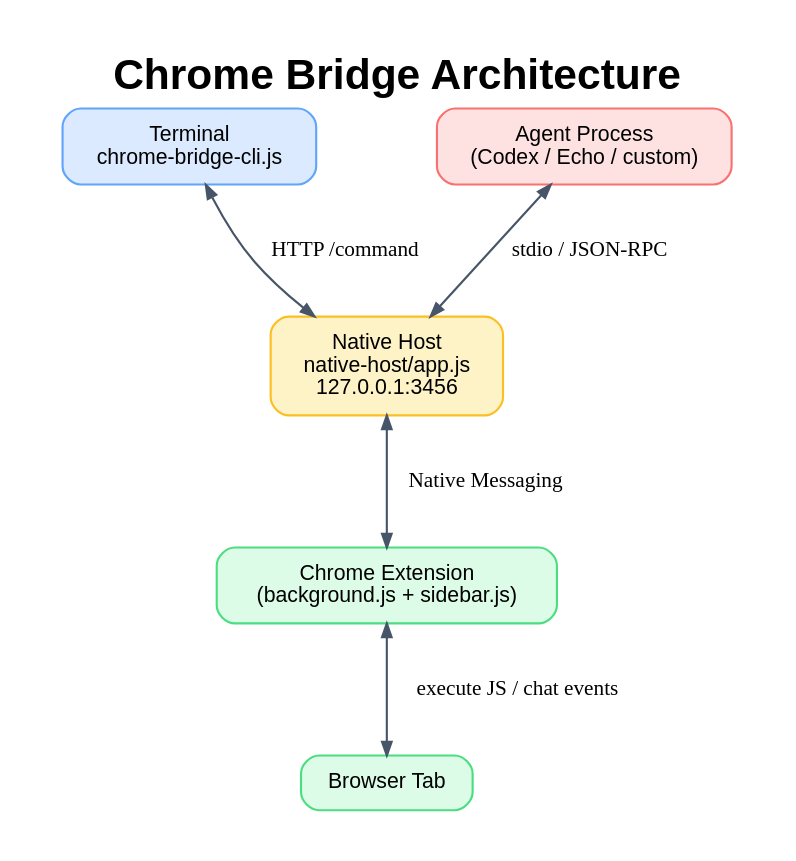
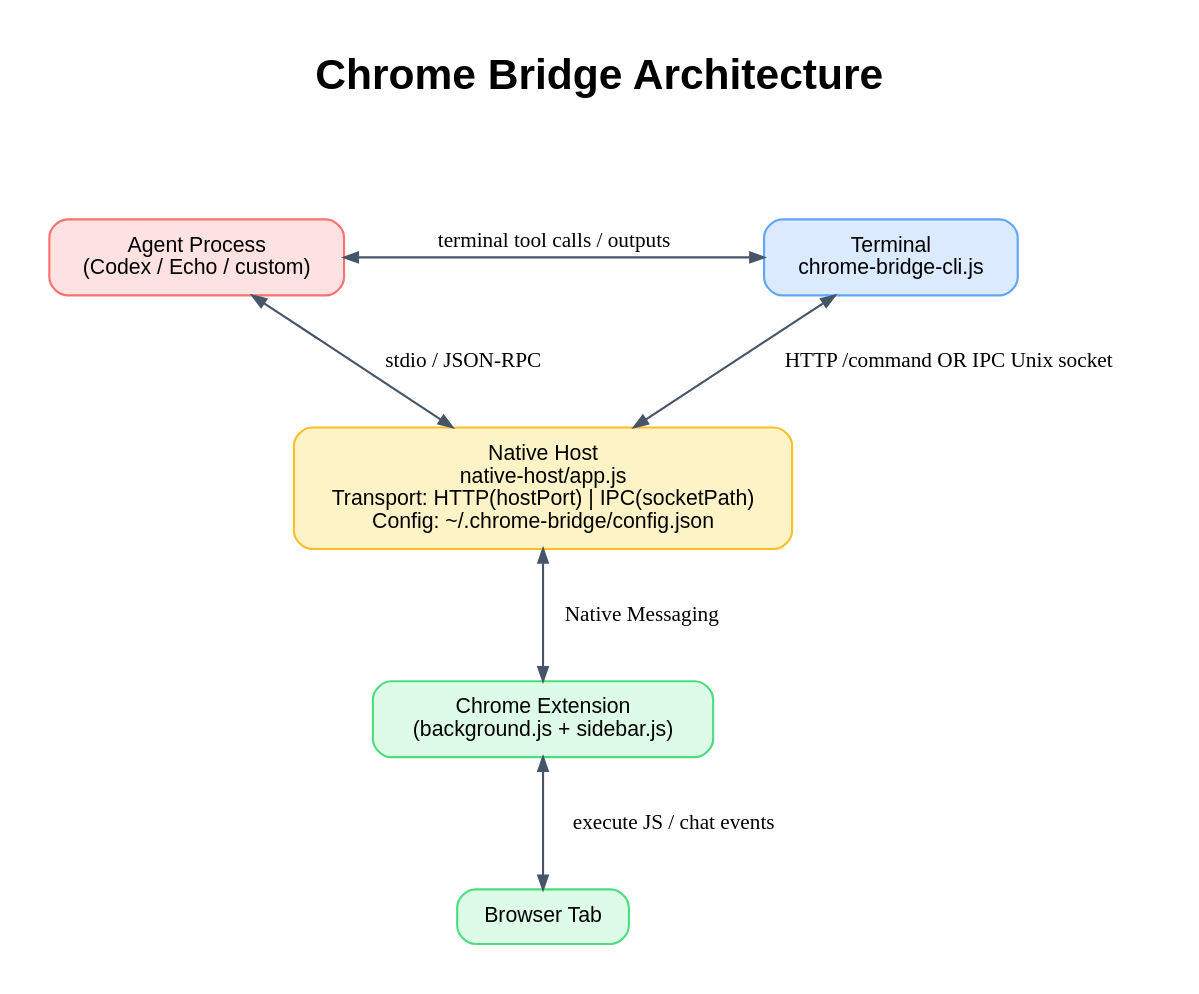
Before and after one commit to ph87/llm-op-chrome-demo: the diagram in diagrams/architecture.dot, drawn with Graphviz. The commit also changed 10 other files, not shown here.

Commit message:
Add IPC transport mode and hostPort config

```diff
--- a/diagrams/architecture.dot
+++ b/diagrams/architecture.dot
@@ -1,66 +1,71 @@
 digraph chrome_bridge_architecture {
   graph [
     label="Chrome Bridge Architecture",
     labelloc=t,
     fontsize=28,
     fontname="Helvetica-Bold",
     pad=0.35,
     ranksep=1.0,
     nodesep=1.1,
     splines=true
   ];
 
   rankdir=TB;
 
   node [
     shape=box,
     style="rounded,filled",
     fontname="Helvetica",
     fontsize=14,
     penwidth=1.4,
     margin="0.2,0.14"
   ];
 
   edge [
     color="#475569",
     arrowsize=0.9,
     penwidth=1.4
   ];
 
   terminal [
     label="Terminal\nchrome-bridge-cli.js",
     fillcolor="#dbeafe",
     color="#60a5fa"
   ];
 
   agent [
     label="Agent Process\n(Codex / Echo / custom)",
     fillcolor="#fee2e2",
     color="#f87171"
   ];
 
   host [
-    label="Native Host\nnative-host/app.js\n127.0.0.1:3456",
+    label="Native Host\nnative-host/app.js\nTransport: HTTP(hostPort) | IPC(socketPath)\nConfig: ~/.chrome-bridge/config.json",
     fillcolor="#fef3c7",
     color="#fbbf24"
   ];
 
   extension [
     label="Chrome Extension\n(background.js + sidebar.js)",
     fillcolor="#dcfce7",
     color="#4ade80"
   ];
 
   tab [
     label="Browser Tab",
     fillcolor="#dcfce7",
     color="#4ade80"
   ];
 
+  title_spacer [label="", shape=point, width=0, height=0, style=invis];
+
+  { rank=min; title_spacer; }
   { rank=same; terminal; agent; }
 
-  terminal -> host [dir=both, label="HTTP /command"];
+  title_spacer -> terminal [style=invis, weight=8];
+  agent -> terminal [dir=both, label="terminal tool calls / outputs"];
+  terminal -> host [dir=both, label="HTTP /command OR IPC Unix socket"];
   agent -> host [dir=both, label="stdio / JSON-RPC"];
   host -> extension [dir=both, label="Native Messaging"];
   extension -> tab [dir=both, label="execute JS / chat events"];
 }
```
